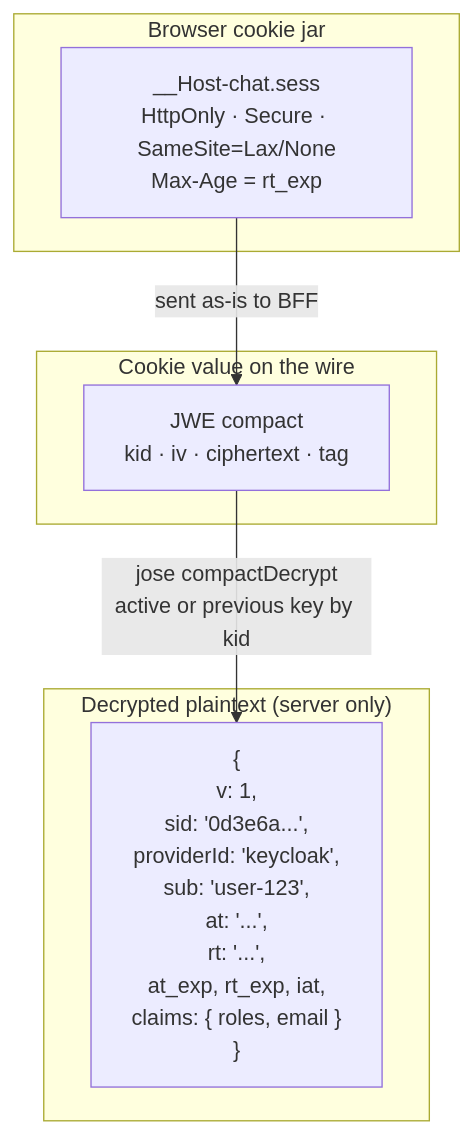
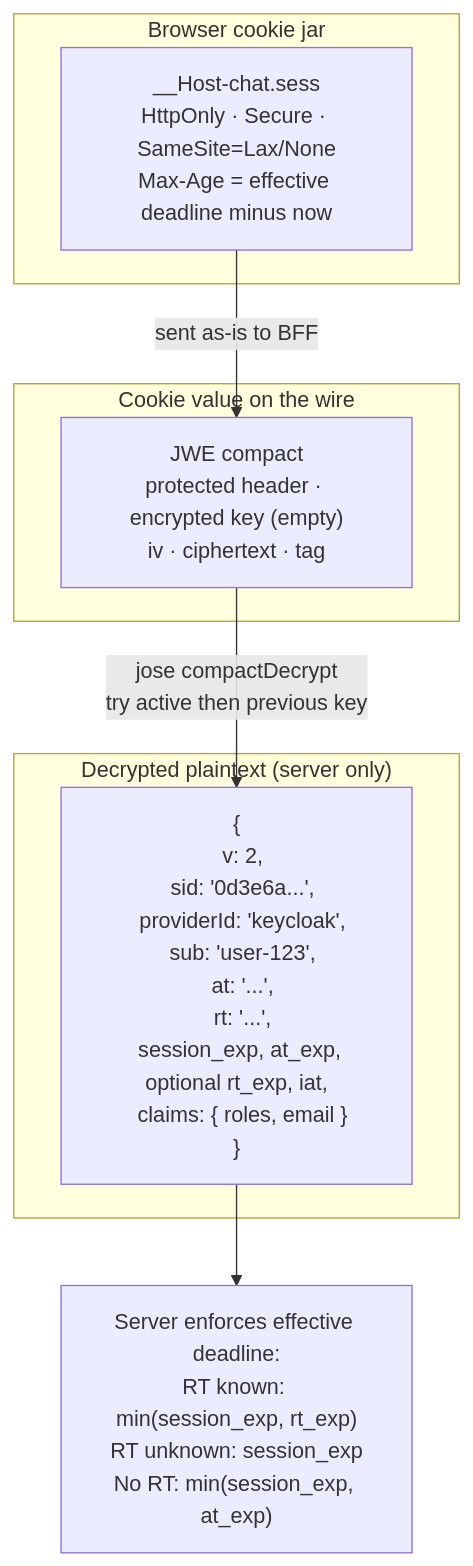
One commit to epam/ai-dial-chat changed the diagram in docs/auth/auth-diagrams/07-cookie-structure.mmd. Above: the diagram before and after it, drawn with Mermaid. The commit also changed 31 other files, not shown here.

First line of the commit message:
fix(chat-api)!: enforce rolling session expiration

```diff
--- a/docs/auth/auth-diagrams/07-cookie-structure.mmd
+++ b/docs/auth/auth-diagrams/07-cookie-structure.mmd
@@ -1,19 +1,20 @@
 %% Cookie payload structure.
 %% Plaintext is JSON; ciphertext is JWE (alg=dir, enc=A256GCM).
 %% Browser sees only opaque ciphertext.
 
 flowchart TB
     subgraph Browser["Browser cookie jar"]
-        COOKIE["__Host-chat.sess<br/>HttpOnly · Secure · SameSite=Lax/None<br/>Max-Age = rt_exp"]
+        COOKIE["__Host-chat.sess<br/>HttpOnly · Secure · SameSite=Lax/None<br/>Max-Age = effective deadline minus now"]
     end
 
     subgraph Wire["Cookie value on the wire"]
-        JWE["JWE compact<br/>kid · iv · ciphertext · tag"]
+        JWE["JWE compact<br/>protected header · encrypted key (empty)<br/>iv · ciphertext · tag"]
     end
 
     subgraph Plain["Decrypted plaintext (server only)"]
-        P["{<br/>  v: 1,<br/>  sid: '0d3e6a...',<br/>  providerId: 'keycloak',<br/>  sub: 'user-123',<br/>  at: '...',<br/>  rt: '...',<br/>  at_exp, rt_exp, iat,<br/>  claims: { roles, email }<br/>}"]
+        P["{<br/>  v: 2,<br/>  sid: '0d3e6a...',<br/>  providerId: 'keycloak',<br/>  sub: 'user-123',<br/>  at: '...',<br/>  rt: '...',<br/>  session_exp, at_exp, optional rt_exp, iat,<br/>  claims: { roles, email }<br/>}"]
     end
 
     COOKIE -->|sent as-is to BFF| JWE
-    JWE -->|jose compactDecrypt<br/>active or previous key by kid| P
+    JWE -->|jose compactDecrypt<br/>try active then previous key| P
+    P --> CHECK["Server enforces effective deadline:<br/>RT known: min(session_exp, rt_exp)<br/>RT unknown: session_exp<br/>No RT: min(session_exp, at_exp)"]
```
